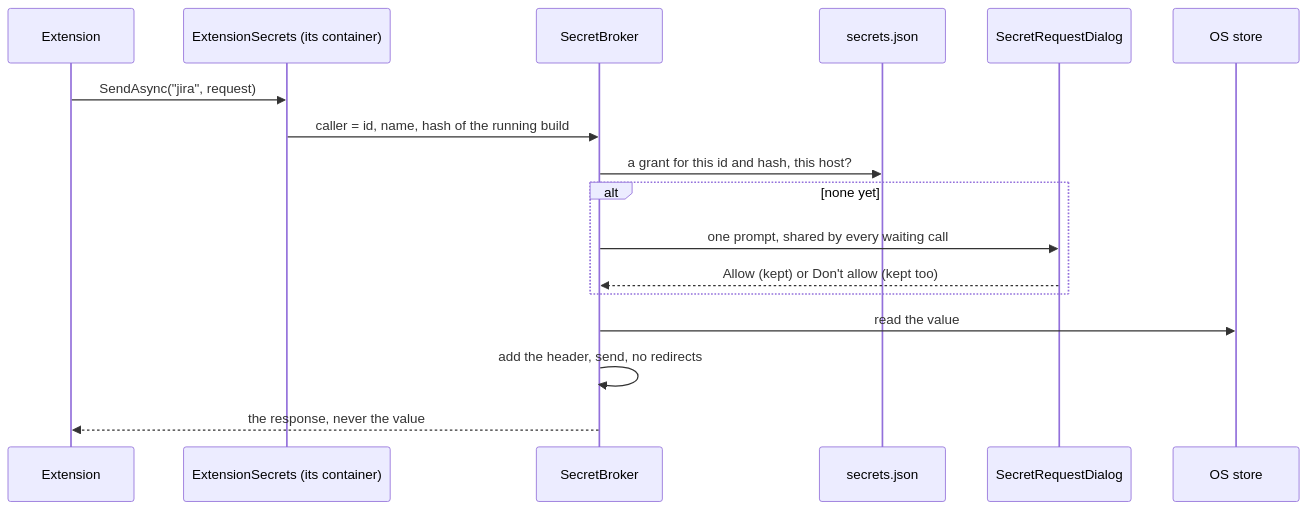
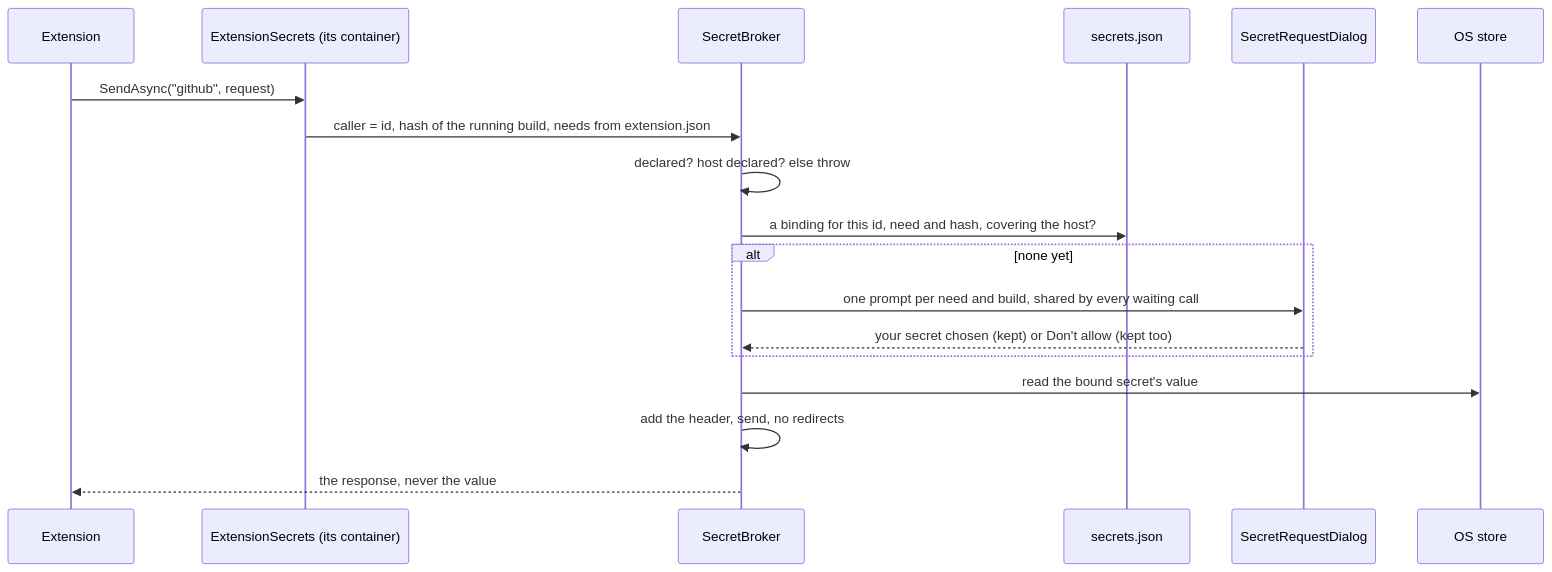
One commit to BradenTerry/Tog changed the ninth of 10 diagrams in docs/extensions.md. Above: the diagram before and after it, drawn with Mermaid. The commit also changed other lines of this file and 16 other files, not shown here.

````diff
--- a/docs/extensions.md
+++ b/docs/extensions.md
@@ -475,19 +516,20 @@
 ```mermaid
 sequenceDiagram
     participant E as Extension
     participant S as ExtensionSecrets (its container)
     participant B as SecretBroker
     participant C as secrets.json
     participant P as SecretRequestDialog
     participant V as OS store
-    E->>S: SendAsync("jira", request)
-    S->>B: caller = id, name, hash of the running build
-    B->>C: a grant for this id and hash, this host?
+    E->>S: SendAsync("github", request)
+    S->>B: caller = id, hash of the running build, needs from extension.json
+    B->>B: declared? host declared? else throw
+    B->>C: a binding for this id, need and hash, covering the host?
     alt none yet
-        B->>P: one prompt, shared by every waiting call
-        P-->>B: Allow (kept) or Don't allow (kept too)
+        B->>P: one prompt per need and build, shared by every waiting call
+        P-->>B: your secret chosen (kept) or Don't allow (kept too)
     end
-    B->>V: read the value
+    B->>V: read the bound secret's value
     B->>B: add the header, send, no redirects
     B-->>E: the response, never the value
 ```
````
